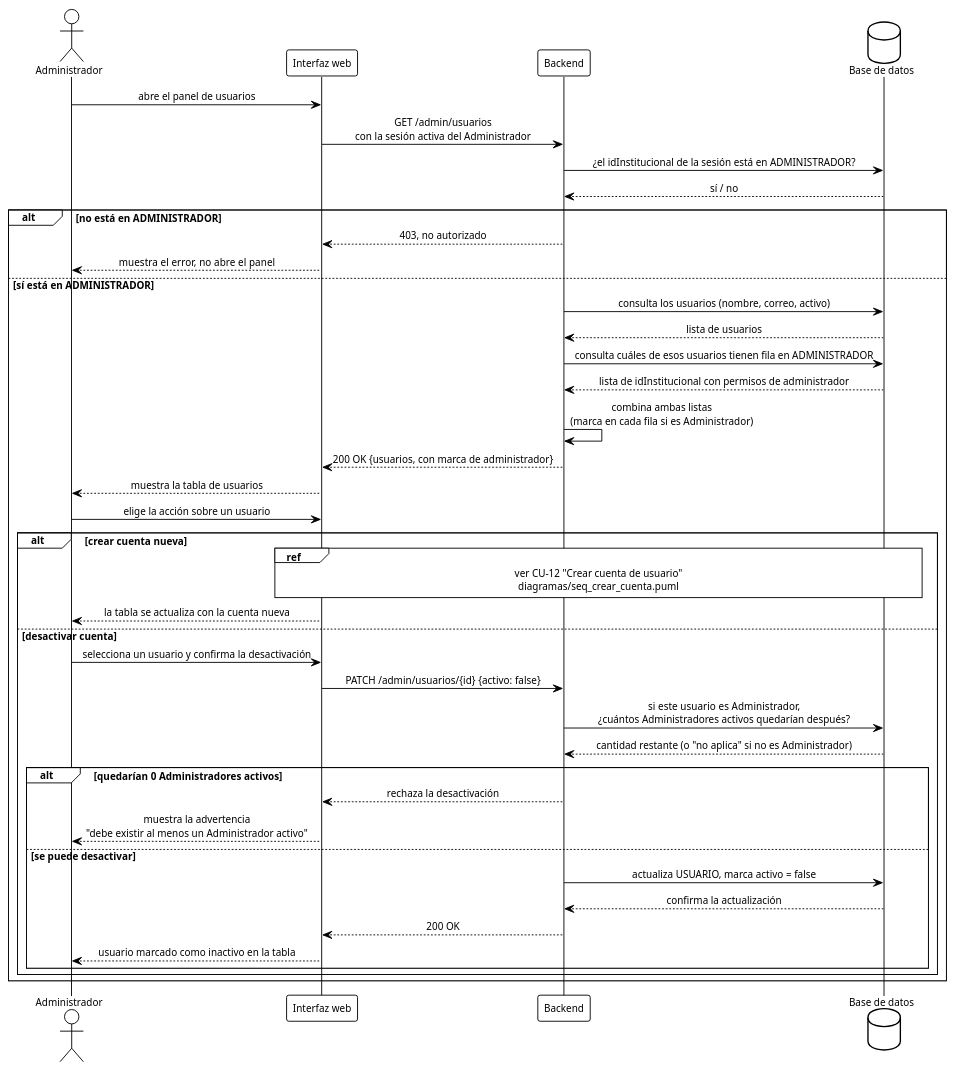
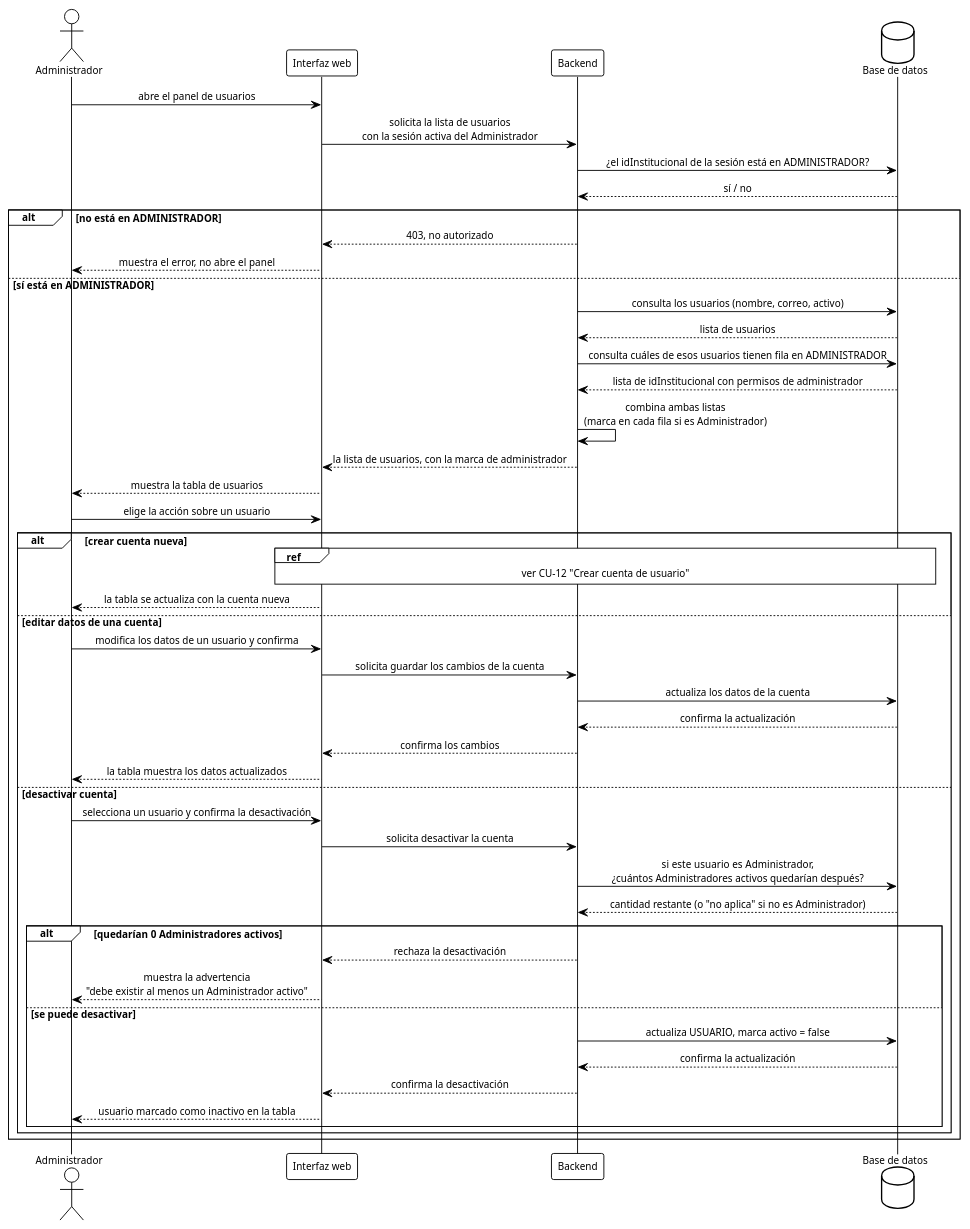
Before and after one commit to ErickJester/fst-ai-system-latex: the diagram in diagramas/seq_gestion_usuarios.puml, drawn with PlantUML. The commit also changed 25 other files, not shown here.

```diff
--- a/diagramas/seq_gestion_usuarios.puml
+++ b/diagramas/seq_gestion_usuarios.puml
@@ -1,92 +1,100 @@
 @startuml seq_gestion_usuarios
 ' ================================================================
 '  Secuencia - Gestion de usuarios: listar y desactivar (CU-11),
 '  con verificacion de rol (D-12) y regla del ultimo administrador
 '  Base de datos FST | TT 2026-B066 | ESCOM-IPN
 '  Frausto Robles Angel Ali . Rodriguez Verdin Sandoval Vanesa
 ' ----------------------------------------------------------------
 '  Reemplaza a diagramas/seq_gestion_usuarios.png. Ese diagrama
 '  viejo hacia "SELECT usuarios (rol, activo, nombre)" - USUARIO no
 '  tiene columna rol (D-08: ADMINISTRADOR es tabla aparte, no un
 '  valor de columna). Es el mismo hueco que marcaba
 '  COMPARATIVA-FIGURAS-CAP5.md para esta figura.
 '
 '  Cubre CU-11 "Gestionar cuenta de investigador" (RF-05, RF-06,
 '  RF-07). CU-11 declara <<include>> de CU-12 para la parte de
 '  crear cuenta (chapters/05_diseno.tex:920) - por eso ese tramo se
 '  referencia con "ref over" en vez de repetirse: ya tiene su
 '  propio diagrama, diagramas/seq_crear_cuenta.puml. Copiar los
 '  mismos pasos aqui otra vez es el riesgo que ya se discutio en
 '  sesion: dos diagramas describiendo el mismo tramo pueden
 '  desincronizarse con el tiempo.
 '
 '  El viejo tampoco verificaba el rol de quien pide la accion
 '  (D-12) ni la regla de "debe existir al menos un Administrador
 '  activo en todo momento" que ya esta escrita en
 '  chapters/05_diseno.tex:1697 (curso alterno 4a de CU-11) pero
 '  nunca se habia dibujado. Los dos se agregan aqui.
 '
 '  Generar:
 '      java -jar plantuml.jar -tpng diagramas/seq_gestion_usuarios.puml
 ' ================================================================
 
 !theme plain
 skinparam defaultFontName Arial
 skinparam defaultFontSize 11
 skinparam shadowing false
 skinparam sequenceMessageAlign center
 skinparam BoxPadding 10
 
 actor Administrador as admin
 participant "Interfaz web" as ui
 participant Backend as api
 database "Base de datos" as db
 
 admin -> ui: abre el panel de usuarios
-ui -> api: GET /admin/usuarios\ncon la sesión activa del Administrador
+ui -> api: solicita la lista de usuarios\ncon la sesión activa del Administrador
 
 api -> db: ¿el idInstitucional de la sesión está en ADMINISTRADOR?
 db --> api: sí / no
 
 alt no está en ADMINISTRADOR
   api --> ui: 403, no autorizado
   ui --> admin: muestra el error, no abre el panel
 else sí está en ADMINISTRADOR
   api -> db: consulta los usuarios (nombre, correo, activo)
   db --> api: lista de usuarios
   api -> db: consulta cuáles de esos usuarios tienen fila en ADMINISTRADOR
   db --> api: lista de idInstitucional con permisos de administrador
   api -> api: combina ambas listas\n(marca en cada fila si es Administrador)
-  api --> ui: 200 OK {usuarios, con marca de administrador}
+  api --> ui: la lista de usuarios, con la marca de administrador
   ui --> admin: muestra la tabla de usuarios
 
   admin -> ui: elige la acción sobre un usuario
 
   alt crear cuenta nueva
     ref over ui, api, db
       ver CU-12 "Crear cuenta de usuario"
-      diagramas/seq_crear_cuenta.puml
     end ref
     ui --> admin: la tabla se actualiza con la cuenta nueva
+
+  else editar datos de una cuenta
+
+    admin -> ui: modifica los datos de un usuario y confirma
+    ui -> api: solicita guardar los cambios de la cuenta
+    api -> db: actualiza los datos de la cuenta
+    db --> api: confirma la actualización
+    api --> ui: confirma los cambios
+    ui --> admin: la tabla muestra los datos actualizados
 
   else desactivar cuenta
 
     admin -> ui: selecciona un usuario y confirma la desactivación
-    ui -> api: PATCH /admin/usuarios/{id} {activo: false}
+    ui -> api: solicita desactivar la cuenta
 
     api -> db: si este usuario es Administrador,\n¿cuántos Administradores activos quedarían después?
     db --> api: cantidad restante (o "no aplica" si no es Administrador)
 
     alt quedarían 0 Administradores activos
       api --> ui: rechaza la desactivación
       ui --> admin: muestra la advertencia\n"debe existir al menos un Administrador activo"
     else se puede desactivar
       api -> db: actualiza USUARIO, marca activo = false
       db --> api: confirma la actualización
-      api --> ui: 200 OK
+      api --> ui: confirma la desactivación
       ui --> admin: usuario marcado como inactivo en la tabla
     end
   end
 end
 
 @enduml
```
